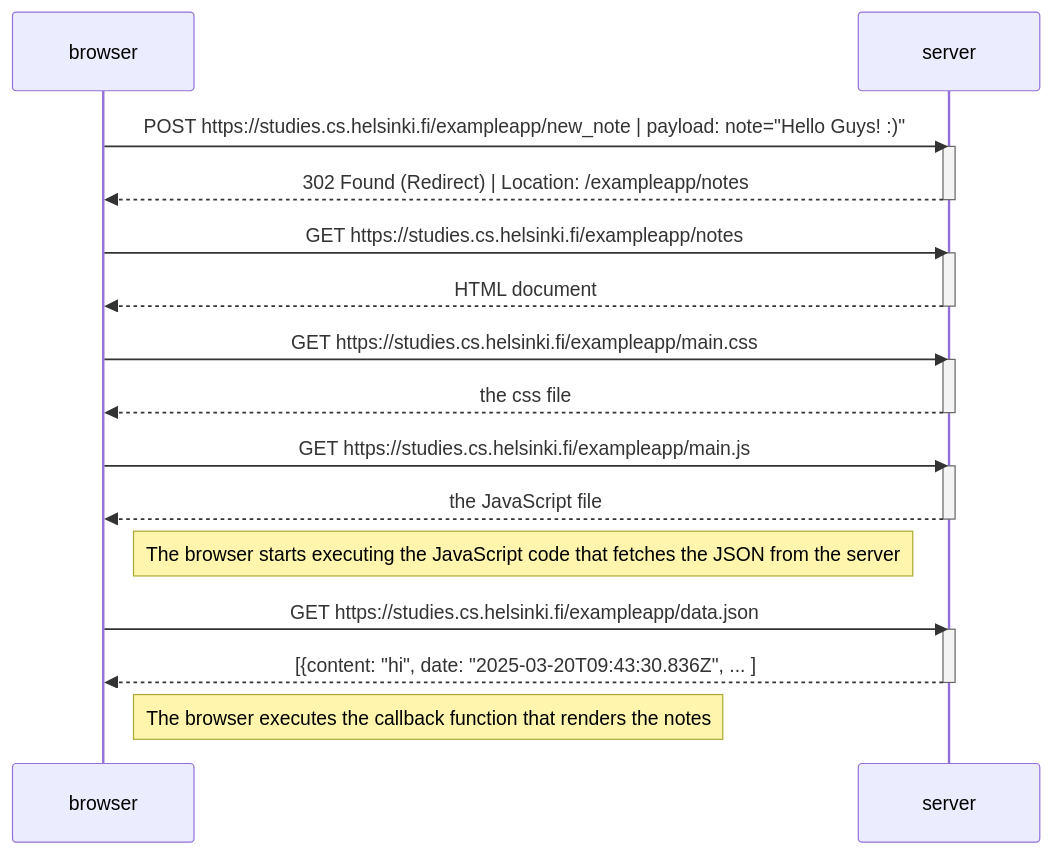
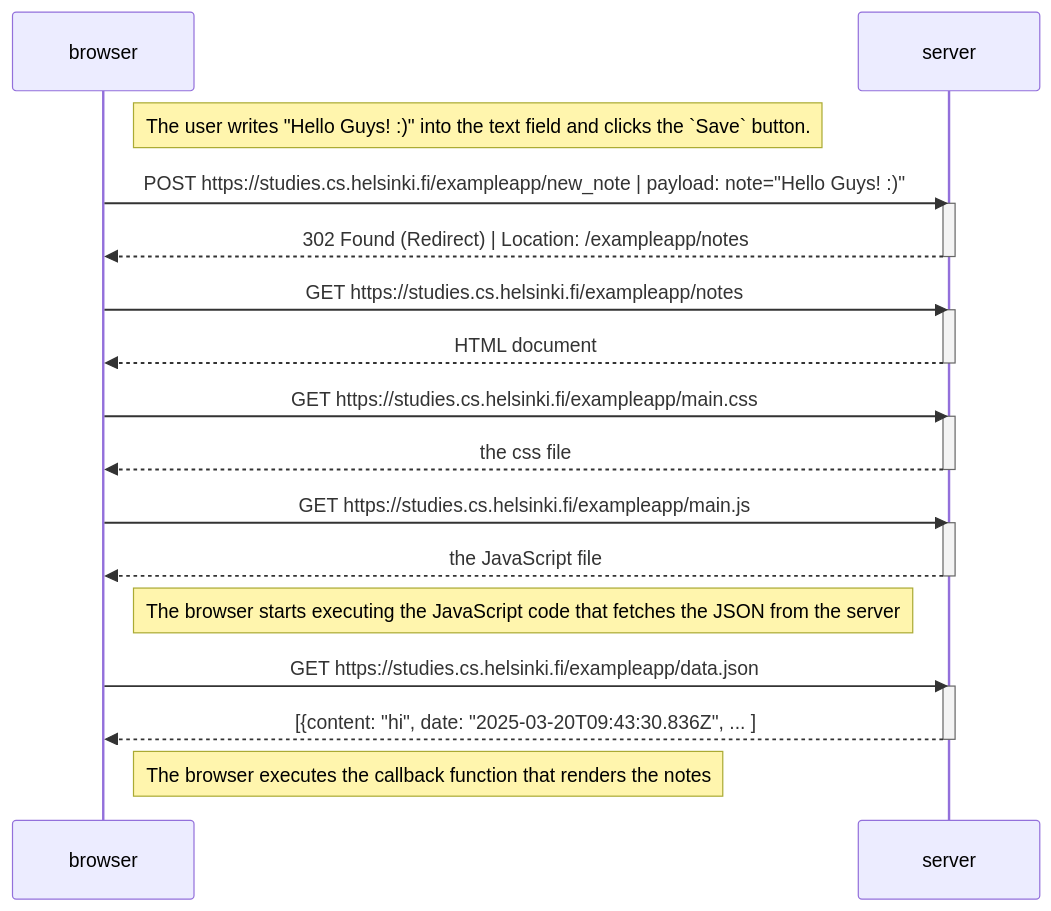
Before and after one commit to Jvlsc/FullStack-Course: the diagram in part0/exercise04.md, drawn with Mermaid. The commit also changed other lines of this file and 9 other files, not shown here.

````diff
--- a/part0/exercise04.md
+++ b/part0/exercise04.md
@@ -26,34 +26,36 @@
 ```mermaid
 sequenceDiagram
     participant browser
     participant server
+
+    Note right of browser: The user writes "Hello Guys! :)" into the text field and clicks the `Save` button.
 
     browser->>server: POST https://studies.cs.helsinki.fi/exampleapp/new_note | payload: note="Hello Guys! :)"
     activate server
     server-->>browser: 302 Found (Redirect) | Location: /exampleapp/notes
     deactivate server
 
     browser->>server: GET https://studies.cs.helsinki.fi/exampleapp/notes
     activate server
     server-->>browser: HTML document
     deactivate server
 
     browser->>server: GET https://studies.cs.helsinki.fi/exampleapp/main.css
     activate server
     server-->>browser: the css file
     deactivate server
 
     browser->>server: GET https://studies.cs.helsinki.fi/exampleapp/main.js
     activate server
     server-->>browser: the JavaScript file
     deactivate server
 
     Note right of browser: The browser starts executing the JavaScript code that fetches the JSON from the server
 
     browser->>server: GET https://studies.cs.helsinki.fi/exampleapp/data.json
     activate server
     server-->>browser: [{content: "hi", date: "2025-03-20T09:43:30.836Z", ... ]
     deactivate server
 
     Note right of browser: The browser executes the callback function that renders the notes
 ```
````
